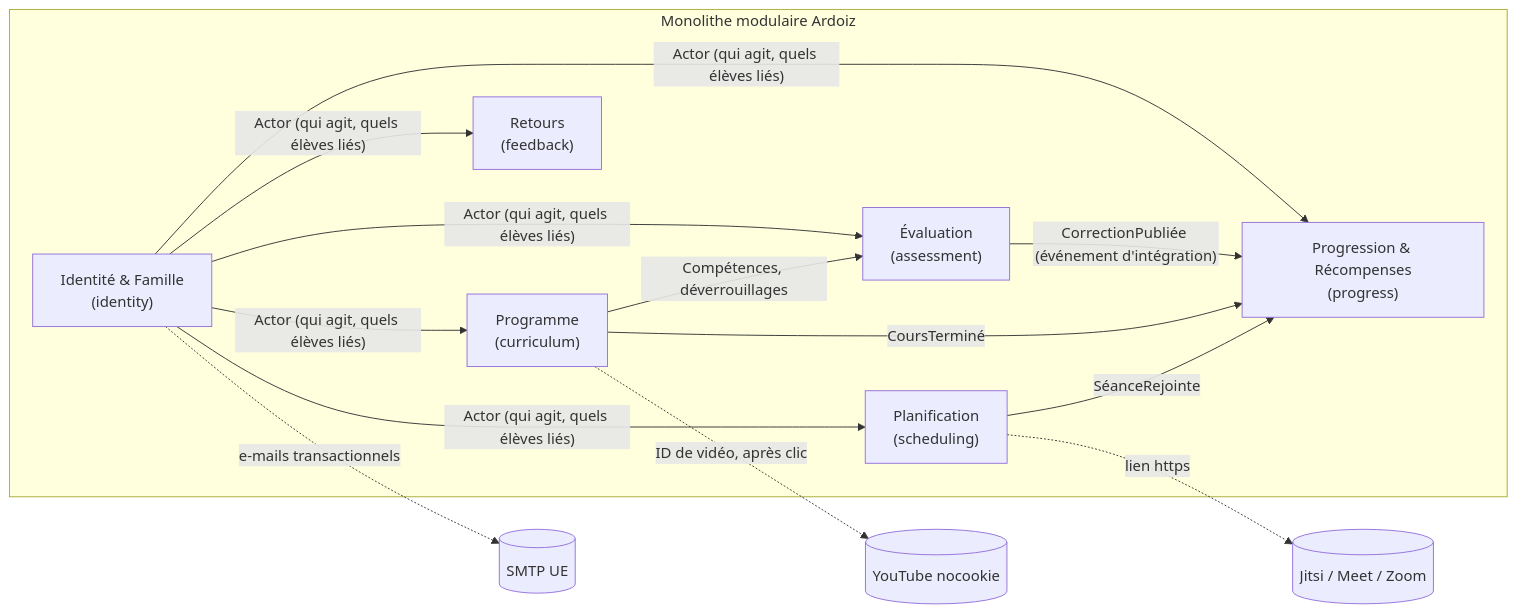
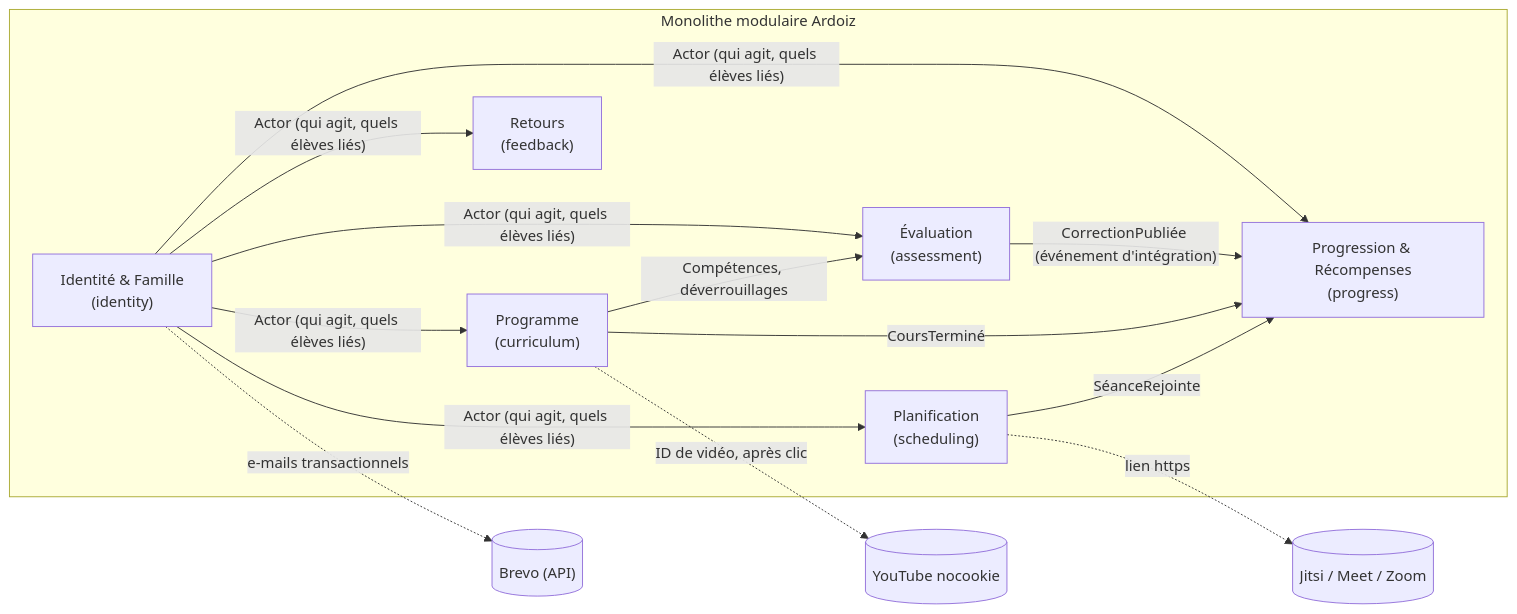
One commit to Rianodji/ardoiz changed the diagram in docs/architecture/contextes.md. Above: the diagram before and after it, drawn with Mermaid. The commit also changed other lines of this file and 16 other files, not shown here.

````diff
--- a/docs/architecture/contextes.md
+++ b/docs/architecture/contextes.md
@@ -7,19 +7,19 @@
 ```mermaid
 flowchart LR
   subgraph Ardoiz["Monolithe modulaire Ardoiz"]
     ID["Identité & Famille<br/>(identity)"]
     PR["Programme<br/>(curriculum)"]
     PL["Planification<br/>(scheduling)"]
     EV["Évaluation<br/>(assessment)"]
     PG["Progression & Récompenses<br/>(progress)"]
     RT["Retours<br/>(feedback)"]
   end
   ID -- "Actor (qui agit, quels élèves liés)" --> PR & PL & EV & PG & RT
   PR -- "Compétences, déverrouillages" --> EV
   EV -- "CorrectionPubliée (événement d'intégration)" --> PG
   PR -- "CoursTerminé" --> PG
   PL -- "SéanceRejointe" --> PG
   PL -. "lien https" .-> VISIO[("Jitsi / Meet / Zoom")]
   PR -. "ID de vidéo, après clic" .-> YT[("YouTube nocookie")]
-  ID -. "e-mails transactionnels" .-> SMTP[("SMTP UE")]
+  ID -. "e-mails transactionnels" .-> SMTP[("Brevo (API)")]
 ```
````
